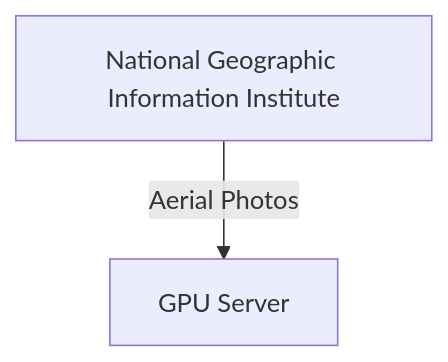
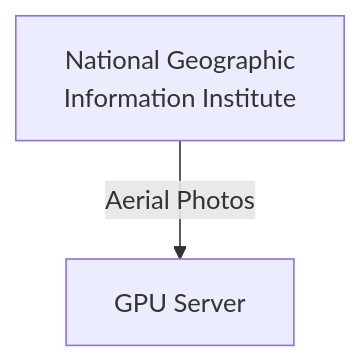
The first of 4 diagrams in _posts/2025-04-07-retrospective-kakao-impact.md (skykhs3/skykhs3.github.io), drawn with Mermaid before and after one commit. The commit also changed other lines of this file and 2 other files, not shown here.

````diff
--- a/_posts/2025-04-07-retrospective-kakao-impact.md
+++ b/_posts/2025-04-07-retrospective-kakao-impact.md
@@ -40,5 +40,5 @@
 ```mermaid
 flowchart TD
-    A[National Geographic Information Institute] -->|Aerial Photos| B[GPU Server]
+    A[National Geographic<br/>Information Institute] -->|Aerial Photos| B[GPU Server]
 
 ```
````
